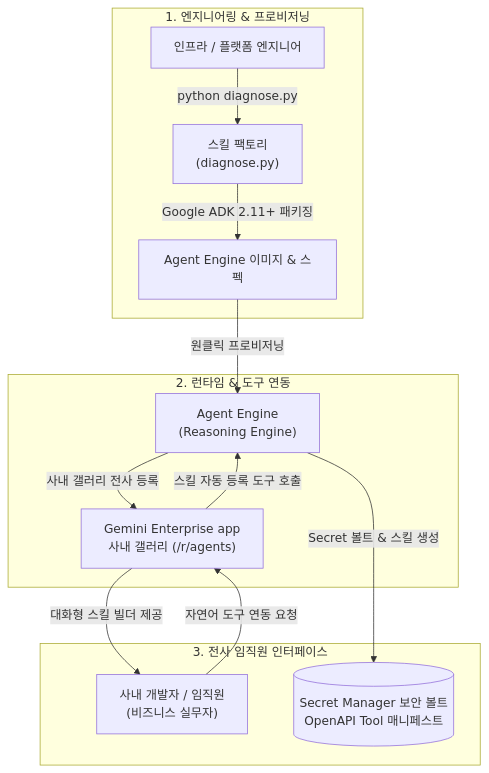
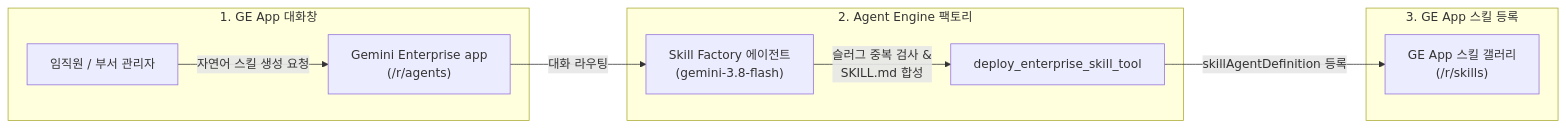
The diagram in samples/gemini-enterprise-factory-skill/report.md (jiangjun-forge/google-cloud-0-to-1), drawn with Mermaid before and after one commit. The commit also changed other lines of this file and 39 other files, not shown here.

````diff
--- a/samples/gemini-enterprise-factory-skill/report.md
+++ b/samples/gemini-enterprise-factory-skill/report.md
@@ -27,19 +27,15 @@
 ```mermaid
-flowchart TB
-    subgraph Dev["1. 엔지니어링 & 프로비저닝"]
-        A["인프라 / 플랫폼 엔지니어"] -->|"python diagnose.py"| B["스킬 팩토리<br/>(diagnose.py)"]
-        B -->|"Google ADK 2.11+ 패키징"| C["Agent Engine 이미지 & 스펙"]
+flowchart LR
+    subgraph L1["1. GE App 대화창"]
+        U["임직원 / 부서 관리자"] -->|"자연어 스킬 생성 요청"| GE["Gemini Enterprise app<br/>(/r/agents)"]
     end
 
-    subgraph Runtime["2. 런타임 & 도구 연동"]
-        C -->|"원클릭 프로비저닝"| D["Agent Engine<br/>(Reasoning Engine)"]
-        D -->|"사내 갤러리 전사 등록"| E["Gemini Enterprise app<br/>사내 갤러리 (/r/agents)"]
+    subgraph L2["2. Agent Engine 팩토리"]
+        GE -->|"대화 라우팅"| F["Skill Factory 에이전트<br/>(gemini-3.8-flash)"]
+        F -->|"슬러그 중복 검사 &<br/>SKILL.md 합성"| T["deploy_enterprise_skill_tool"]
     end
 
-    subgraph Portal["3. 전사 임직원 인터페이스"]
-        E -->|"대화형 스킬 빌더 제공"| F["사내 개발자 / 임직원<br/>(비즈니스 실무자)"]
-        F -->|"자연어 도구 연동 요청"| E
-        E -->|"스킬 자동 등록 도구 호출"| D
-        D -->|"Secret 볼트 & 스킬 생성"| G[("Secret Manager 보안 볼트<br/>OpenAPI Tool 매니페스트")]
+    subgraph L3["3. GE App 스킬 등록"]
+        T -->|"skillAgentDefinition 등록"| REG["GE App 스킬 갤러리<br/>(/r/skills)"]
     end
 ```
````
